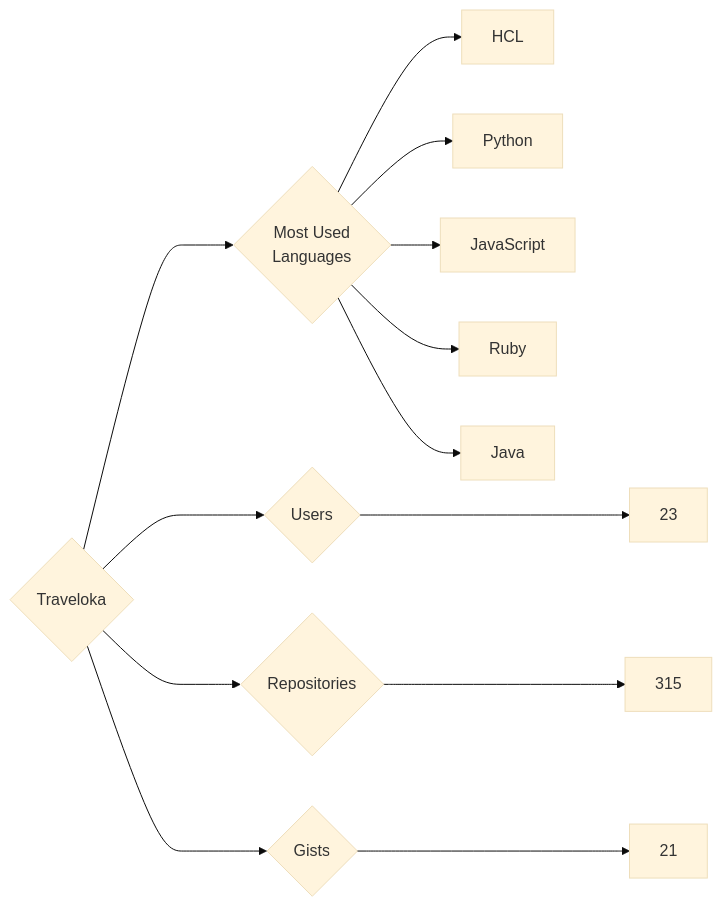
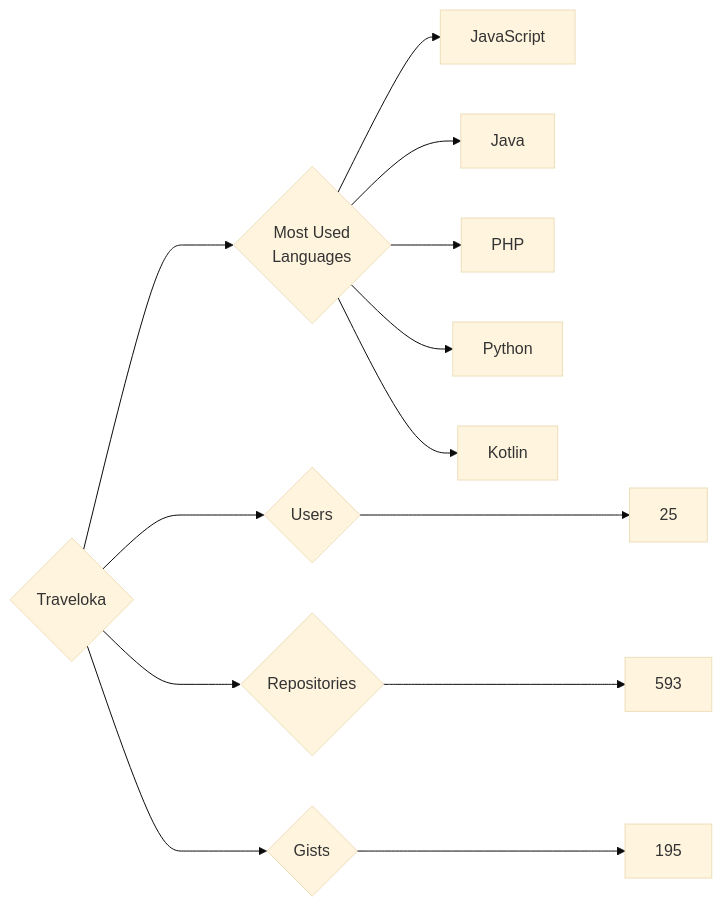
Before and after one commit to trickest/insiders: the diagram in targets/Traveloka/README.md, drawn with Mermaid (base theme). The commit also changed 796 other files, not shown here.

````diff
--- a/targets/Traveloka/README.md
+++ b/targets/Traveloka/README.md
@@ -3,13 +3,13 @@
 ```mermaid
 graph LR
 COMPANY_NAME{Traveloka}
-COMPANY_NAME ---> U{Users} ---> UN[23]
-COMPANY_NAME ---> R{Repositories} ---> RN[315]
-COMPANY_NAME ---> G{Gists} ---> GN[21]
+COMPANY_NAME ---> U{Users} ---> UN[25]
+COMPANY_NAME ---> R{Repositories} ---> RN[593]
+COMPANY_NAME ---> G{Gists} ---> GN[195]
 COMPANY_NAME ---> ML{Most Used<br>Languages}
-ML --> HCL[HCL]
+ML --> JavaScript[JavaScript]
+ML --> Java[Java]
+ML --> PHP[PHP]
 ML --> Python[Python]
-ML --> JavaScript[JavaScript]
-ML --> Ruby[Ruby]
-ML --> Java[Java]
+ML --> Kotlin[Kotlin]
 ```
````
